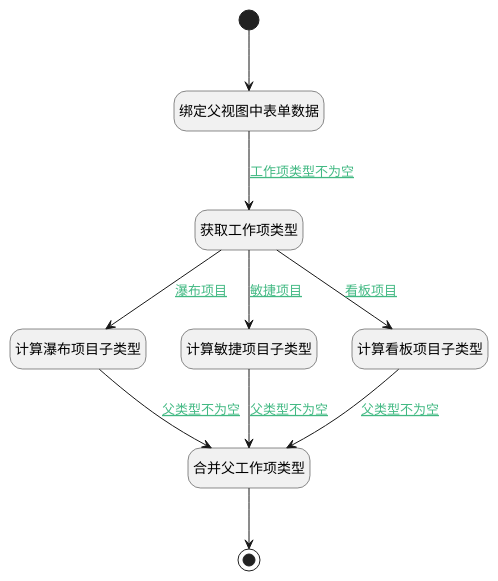
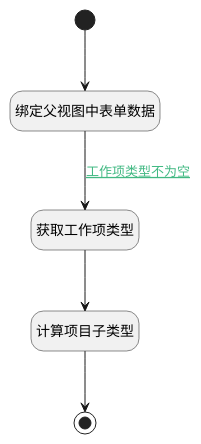
Before and after one commit to iBizLab/plm: the diagram in doc/docsify/module/ProjMgmt/work_item/uilogic/calc_children_work_item_type_context.md, drawn with PlantUML. The commit also changed other lines of this file and 1068 other files, not shown here.

````diff
--- a/doc/docsify/module/ProjMgmt/work_item/uilogic/calc_children_work_item_type_context.md
+++ b/doc/docsify/module/ProjMgmt/work_item/uilogic/calc_children_work_item_type_context.md
@@ -7,33 +7,25 @@
 ```plantuml
 @startuml
 hide footbox
 <style>
 root {
   HyperlinkColor #42b983
 }
 </style>
 
 hide empty description
 state "开始" as Begin <<start>> [[$./calc_children_work_item_type_context#begin {开始}]]
-state "合并父工作项类型" as PREPAREJSPARAM2  [[$./calc_children_work_item_type_context#preparejsparam2 {合并父工作项类型}]]
-state "计算瀑布项目子类型" as RAWJSCODE2  [[$./calc_children_work_item_type_context#rawjscode2 {计算瀑布项目子类型}]]
-state "计算敏捷项目子类型" as RAWJSCODE3  [[$./calc_children_work_item_type_context#rawjscode3 {计算敏捷项目子类型}]]
+state "计算项目子类型" as RAWJSCODE1  [[$./calc_children_work_item_type_context#rawjscode1 {计算项目子类型}]]
+state "绑定父视图中表单数据" as PREPAREJSPARAM3  [[$./calc_children_work_item_type_context#preparejsparam3 {绑定父视图中表单数据}]]
 state "获取工作项类型" as PREPAREJSPARAM1  [[$./calc_children_work_item_type_context#preparejsparam1 {获取工作项类型}]]
-state "绑定父视图中表单数据" as PREPAREJSPARAM3  [[$./calc_children_work_item_type_context#preparejsparam3 {绑定父视图中表单数据}]]
-state "计算看板项目子类型" as RAWJSCODE1  [[$./calc_children_work_item_type_context#rawjscode1 {计算看板项目子类型}]]
-state "结束" as END1 <<end>> [[$./calc_children_work_item_type_context#end1 {结束}]]
+state "结束" as END2 <<end>> [[$./calc_children_work_item_type_context#end2 {结束}]]
 
 
 Begin --> PREPAREJSPARAM3
 PREPAREJSPARAM3 --> PREPAREJSPARAM1 : [[$./calc_children_work_item_type_context#preparejsparam3-preparejsparam1{工作项类型不为空} 工作项类型不为空]]
-PREPAREJSPARAM1 --> RAWJSCODE1 : [[$./calc_children_work_item_type_context#preparejsparam1-rawjscode1{看板项目} 看板项目]]
-RAWJSCODE1 --> PREPAREJSPARAM2 : [[$./calc_children_work_item_type_context#rawjscode1-preparejsparam2{父类型不为空} 父类型不为空]]
-PREPAREJSPARAM2 --> END1
-PREPAREJSPARAM1 --> RAWJSCODE2 : [[$./calc_children_work_item_type_context#preparejsparam1-rawjscode2{瀑布项目} 瀑布项目]]
-RAWJSCODE2 --> PREPAREJSPARAM2 : [[$./calc_children_work_item_type_context#rawjscode2-preparejsparam2{父类型不为空} 父类型不为空]]
-PREPAREJSPARAM1 --> RAWJSCODE3 : [[$./calc_children_work_item_type_context#preparejsparam1-rawjscode3{敏捷项目} 敏捷项目]]
-RAWJSCODE3 --> PREPAREJSPARAM2 : [[$./calc_children_work_item_type_context#rawjscode3-preparejsparam2{父类型不为空} 父类型不为空]]
+PREPAREJSPARAM1 --> RAWJSCODE1
+RAWJSCODE1 --> END2
 
 
 @enduml
 ```
````
